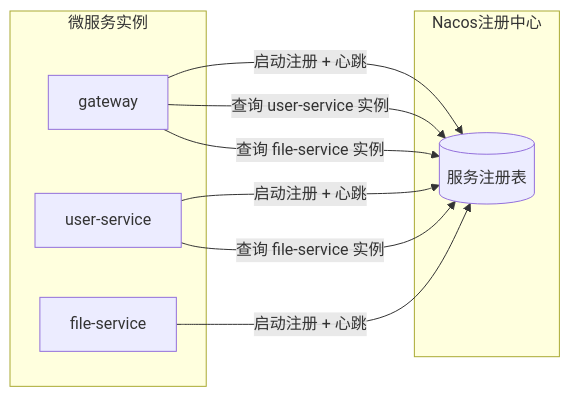
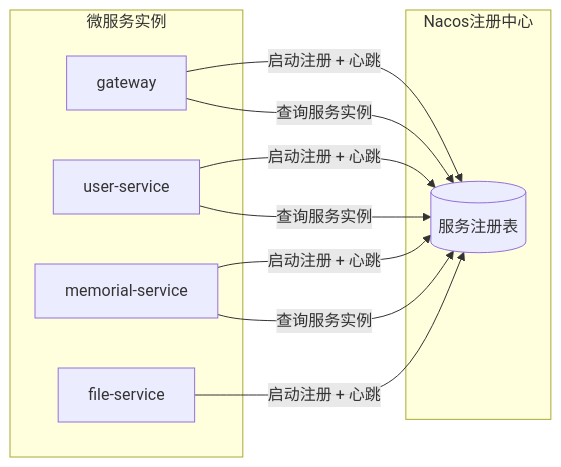
Before and after one commit to jiayuhan123/graduation-project: the third of 6 diagrams in 项目文档/3-架构设计/微服务架构设计.md, drawn with Mermaid. The commit also changed other lines of this file and 140 other files, not shown here.

````diff
--- a/项目文档/3-架构设计/微服务架构设计.md
+++ b/项目文档/3-架构设计/微服务架构设计.md
@@ -173,20 +197,22 @@
 ```mermaid
 flowchart LR
     subgraph 微服务实例
         GW[gateway]
         US[user-service]
+        MS[memorial-service]
         FS[file-service]
     end
 
     subgraph Nacos注册中心
         Registry[(服务注册表)]
     end
 
     GW -->|启动注册 + 心跳| Registry
     US -->|启动注册 + 心跳| Registry
+    MS -->|启动注册 + 心跳| Registry
     FS -->|启动注册 + 心跳| Registry
 
-    GW -->|查询 user-service 实例| Registry
-    GW -->|查询 file-service 实例| Registry
-    US -->|查询 file-service 实例| Registry
+    GW -->|查询服务实例| Registry
+    US -->|查询服务实例| Registry
+    MS -->|查询服务实例| Registry
 ```
````
